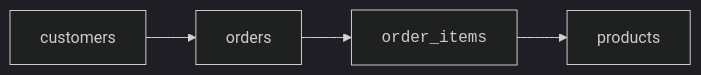
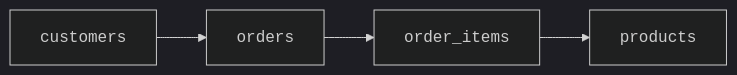
One commit to dataslope/dataslope changed the fifth of 7 diagrams in content/learn/sqlite-for-beginners/spreadsheets-vs-databases.mdx. Above: the diagram before and after it, drawn with Mermaid (dark theme). The commit also changed 46 other files, not shown here.

First line of the commit message:
Wrap code in mermaid edge labels + entity/table names in DB diagrams

````diff
--- a/content/learn/sqlite-for-beginners/spreadsheets-vs-databases.mdx
+++ b/content/learn/sqlite-for-beginners/spreadsheets-vs-databases.mdx
@@ -114,6 +114,6 @@
 ```mermaid
 flowchart LR
-    C["customers"] --> O["orders"]
+    C["<code>customers</code>"] --> O["<code>orders</code>"]
     O --> I["<code>order_items</code>"]
-    I --> P["products"]
+    I --> P["<code>products</code>"]
 ```
````
